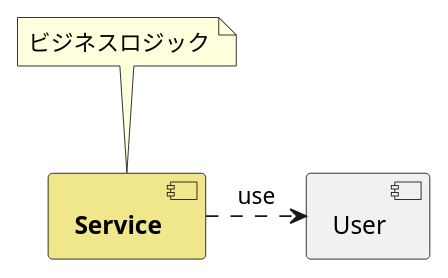
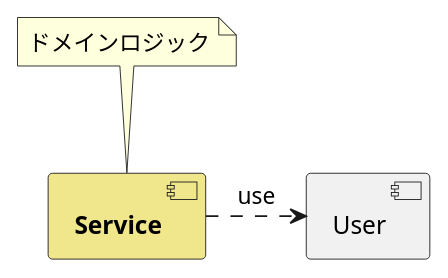
One commit to mexican-particles/mogmog changed the diagram in src/puml/summary/transactionScript.puml. Above: the diagram before and after it, drawn with PlantUML. The commit also changed 11 other files, not shown here.

```diff
--- a/src/puml/summary/transactionScript.puml
+++ b/src/puml/summary/transactionScript.puml
@@ -1,10 +1,10 @@
 @startuml
 
 [**Service**] as Service #Khaki
 [User] as User
 
 Service .right.> User: use
 
-note top of Service: ビジネスロジック
+note top of Service: ドメインロジック
 
 @enduml
```
